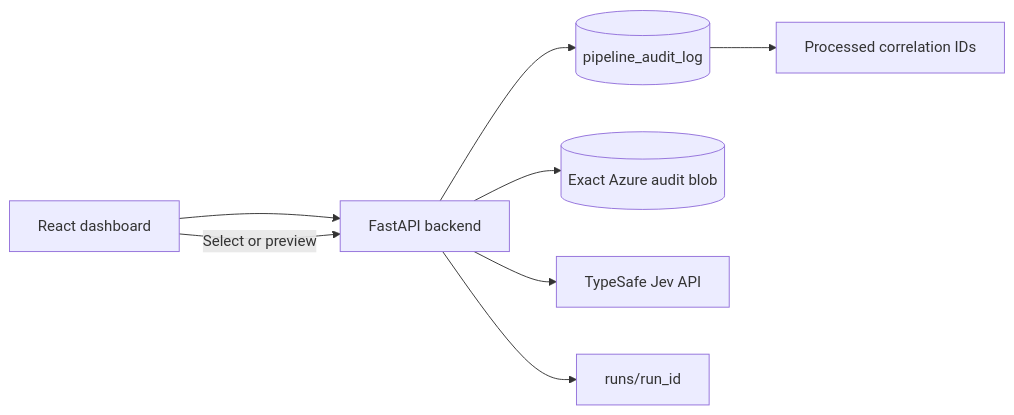
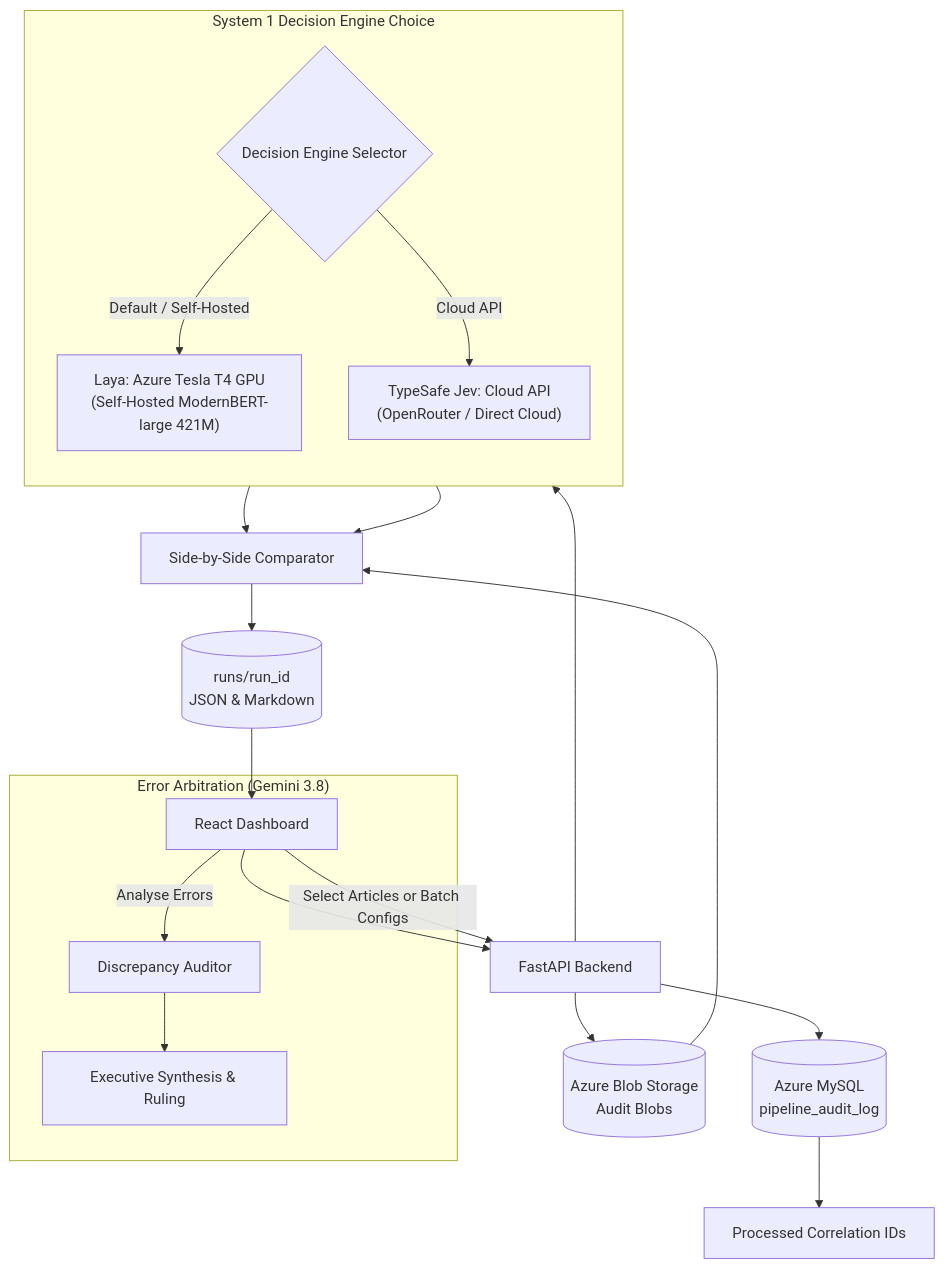
Before and after one commit to TonyP-MR/jev-curation-engine: the diagram in README.md, drawn with Mermaid. The commit also changed other lines of this file and 1 other file, not shown here.

Commit message:
docs: update README and explainer diagrams to reflect dual Laya and Jev options

````diff
--- a/README.md
+++ b/README.md
@@ -81,10 +80,29 @@
 ```mermaid
-flowchart LR
-    UI[React dashboard] --> API[FastAPI backend]
-    API --> SQL[(pipeline_audit_log)]
-    SQL --> IDs[Processed correlation IDs]
-    UI -->|Select or preview| API
-    API --> BLOB[(Exact Azure audit blob)]
-    API --> JEV[TypeSafe Jev API]
-    API --> RUNS[runs/run_id]
+flowchart TD
+    UI[React Dashboard] --> API[FastAPI Backend]
+    API --> SQL[(Azure MySQL<br/>pipeline_audit_log)]
+    SQL --> IDs[Processed Correlation IDs]
+    UI -->|Select Articles or Batch Configs| API
+    API --> BLOB[(Azure Blob Storage<br/>Audit Blobs)]
+    
+    subgraph S1["System 1 Decision Engine Choice"]
+        direction TB
+        ENGINE{Decision Engine Selector}
+        LAYA["Laya: Azure Tesla T4 GPU<br/>(Self-Hosted ModernBERT-large 421M)"]
+        JEV["TypeSafe Jev: Cloud API<br/>(OpenRouter / Direct Cloud)"]
+        ENGINE -->|Default / Self-Hosted| LAYA
+        ENGINE -->|Cloud API| JEV
+    end
+
+    API --> ENGINE
+    LAYA --> COMP[Side-by-Side Comparator]
+    JEV --> COMP
+    BLOB --> COMP
+    COMP --> RUNS[(runs/run_id<br/>JSON & Markdown)]
+    RUNS --> UI
+    
+    subgraph ARB["Error Arbitration (Gemini 3.8)"]
+        UI -->|Analyse Errors| ARB_RUN[Discrepancy Auditor]
+        ARB_RUN --> SYNTH[Executive Synthesis & Ruling]
+    end
 ```
````
